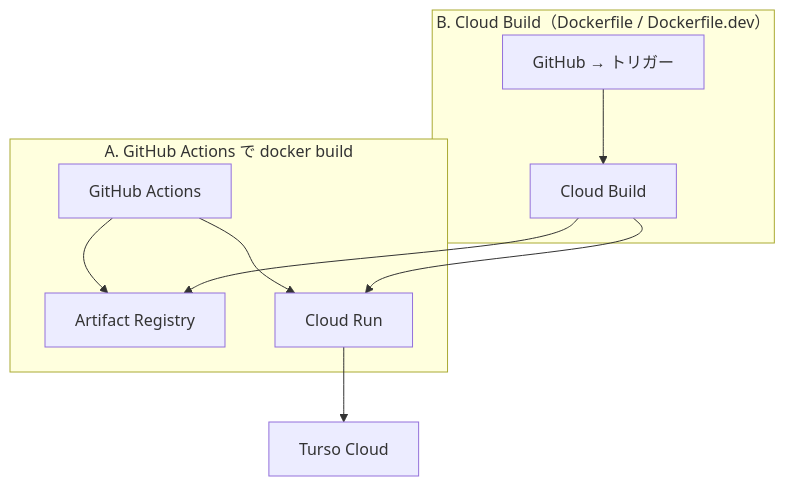
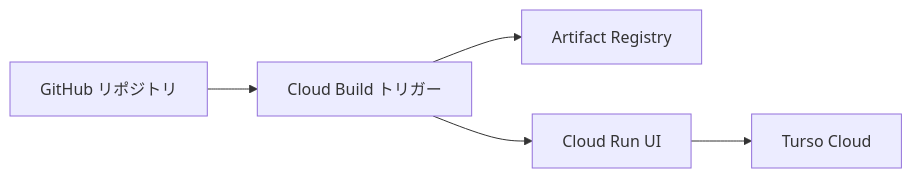
The diagram in docs/deploy/cloud-run.md (telosh/threadhall), drawn with Mermaid before and after one commit. The commit also changed other lines of this file, not shown here.

Commit message:
docs : Cloud Build と Cloud Run UI 運用に手順を寄せる

````diff
--- a/docs/deploy/cloud-run.md
+++ b/docs/deploy/cloud-run.md
@@ -23,16 +23,11 @@
 ```mermaid
-flowchart TB
-  subgraph A["A. GitHub Actions で docker build"]
-    GH1[GitHub Actions]
-    GH1 --> AR[Artifact Registry]
-    GH1 --> CR[Cloud Run]
-  end
-  subgraph B["B. Cloud Build（Dockerfile / Dockerfile.dev）"]
-    GH2[GitHub → トリガー]
-    CB[Cloud Build]
-    GH2 --> CB
-    CB --> AR
-    CB --> CR
-  end
+flowchart LR
+  GH[GitHub リポジトリ]
+  CB[Cloud Build トリガー]
+  AR[Artifact Registry]
+  CR[Cloud Run UI]
+  GH --> CB
+  CB --> AR
+  CB --> CR
   CR --> TC[Turso Cloud]
 ```
````
